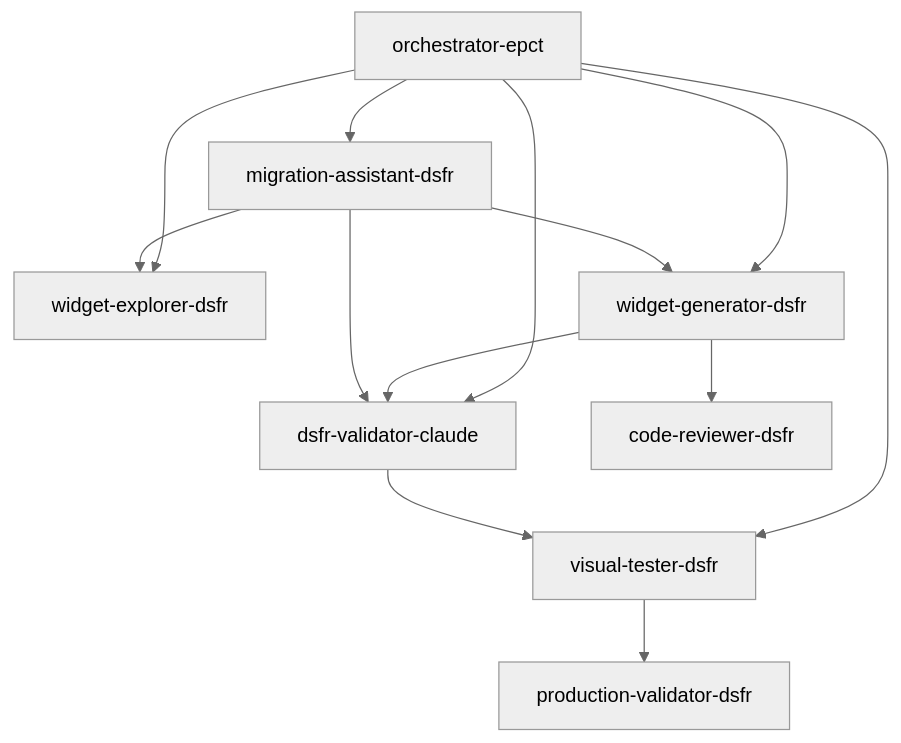
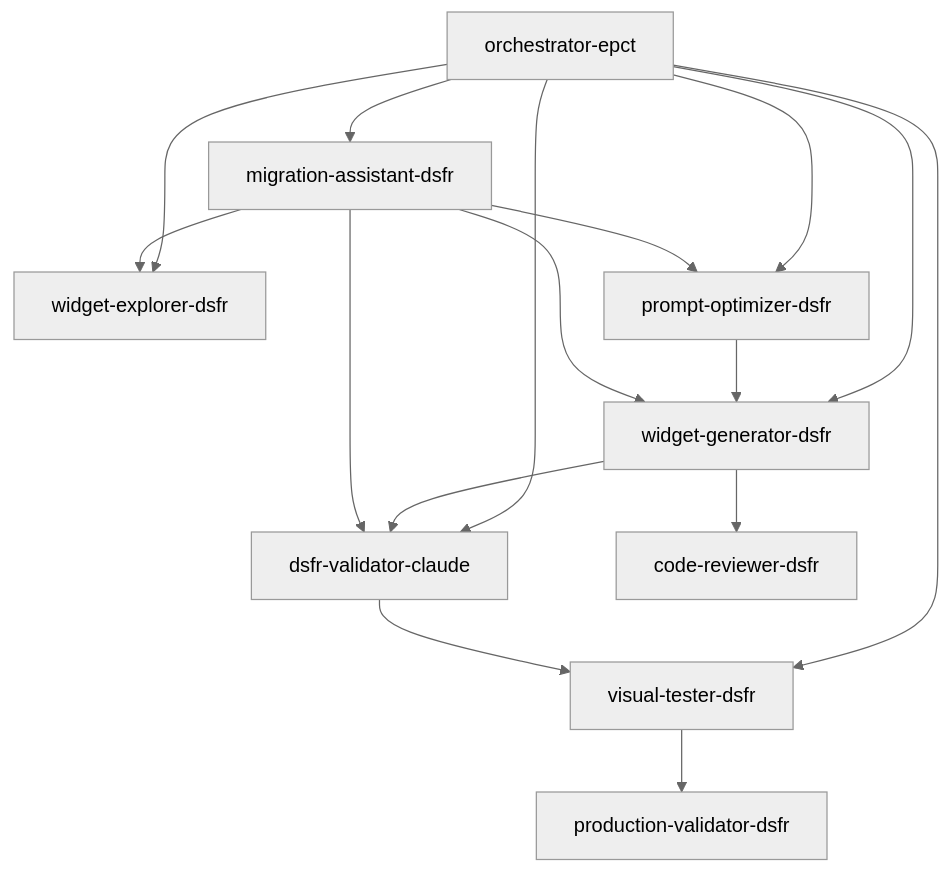
One commit to Alexmacapple/widget-dsfr changed the diagram in agents/README-AGENTS-CLAUDE-CODE.md. Above: the diagram before and after it, drawn with Mermaid (neutral theme). The commit also changed other lines of this file and 5 other files, not shown here.

````diff
--- a/agents/README-AGENTS-CLAUDE-CODE.md
+++ b/agents/README-AGENTS-CLAUDE-CODE.md
@@ -9,17 +9,20 @@
 ```mermaid
 graph TD
     OE[orchestrator-epct] --> WE[widget-explorer-dsfr]
+    OE --> PO[prompt-optimizer-dsfr]
     OE --> WG[widget-generator-dsfr]
     OE --> DV[dsfr-validator-claude]
     OE --> VT[visual-tester-dsfr]
     OE --> MA[migration-assistant-dsfr]
     
+    PO --> WG
     WG --> CR[code-reviewer-dsfr]
     WG --> DV
     DV --> VT
     VT --> PV[production-validator-dsfr]
     
     MA --> WE
+    MA --> PO
     MA --> WG
     MA --> DV
 ```
````
